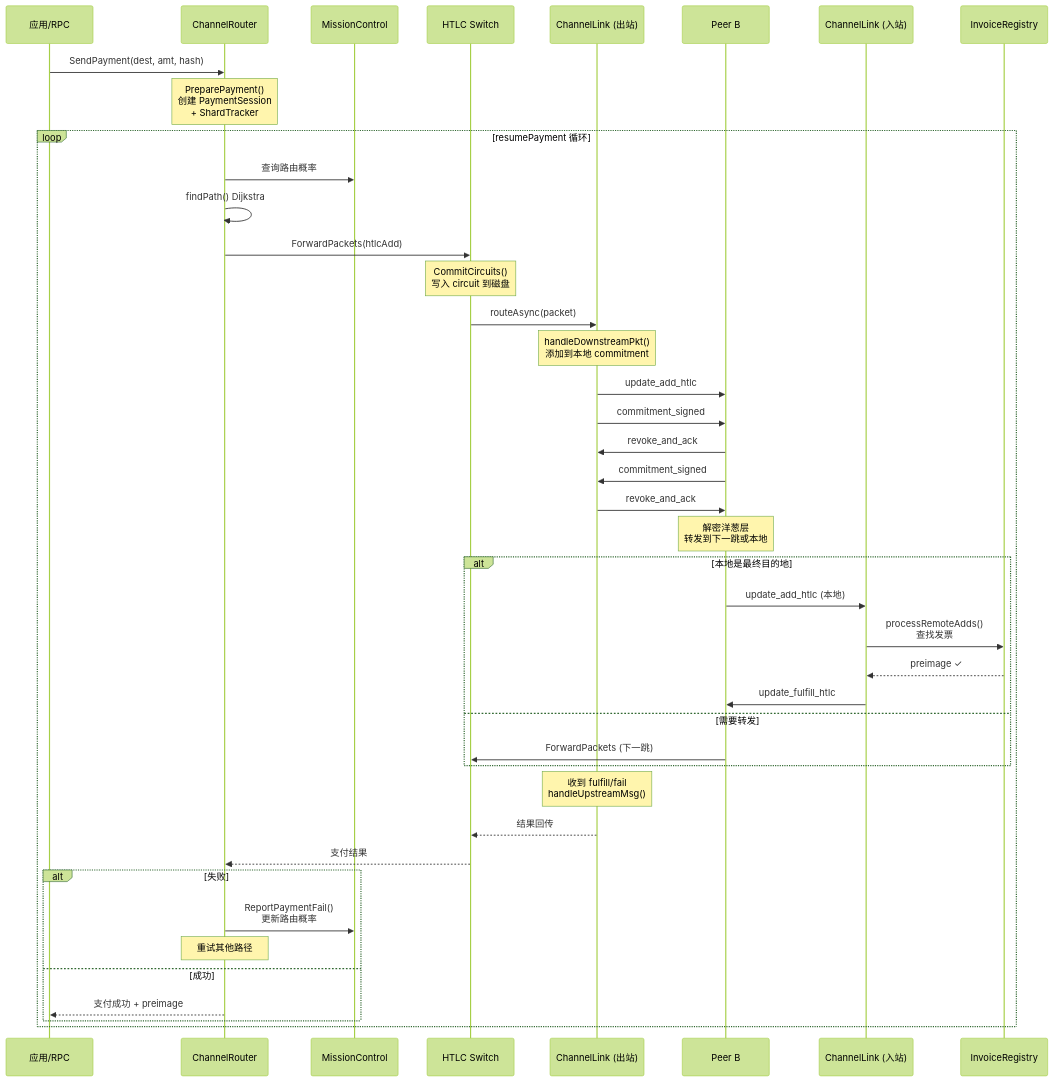
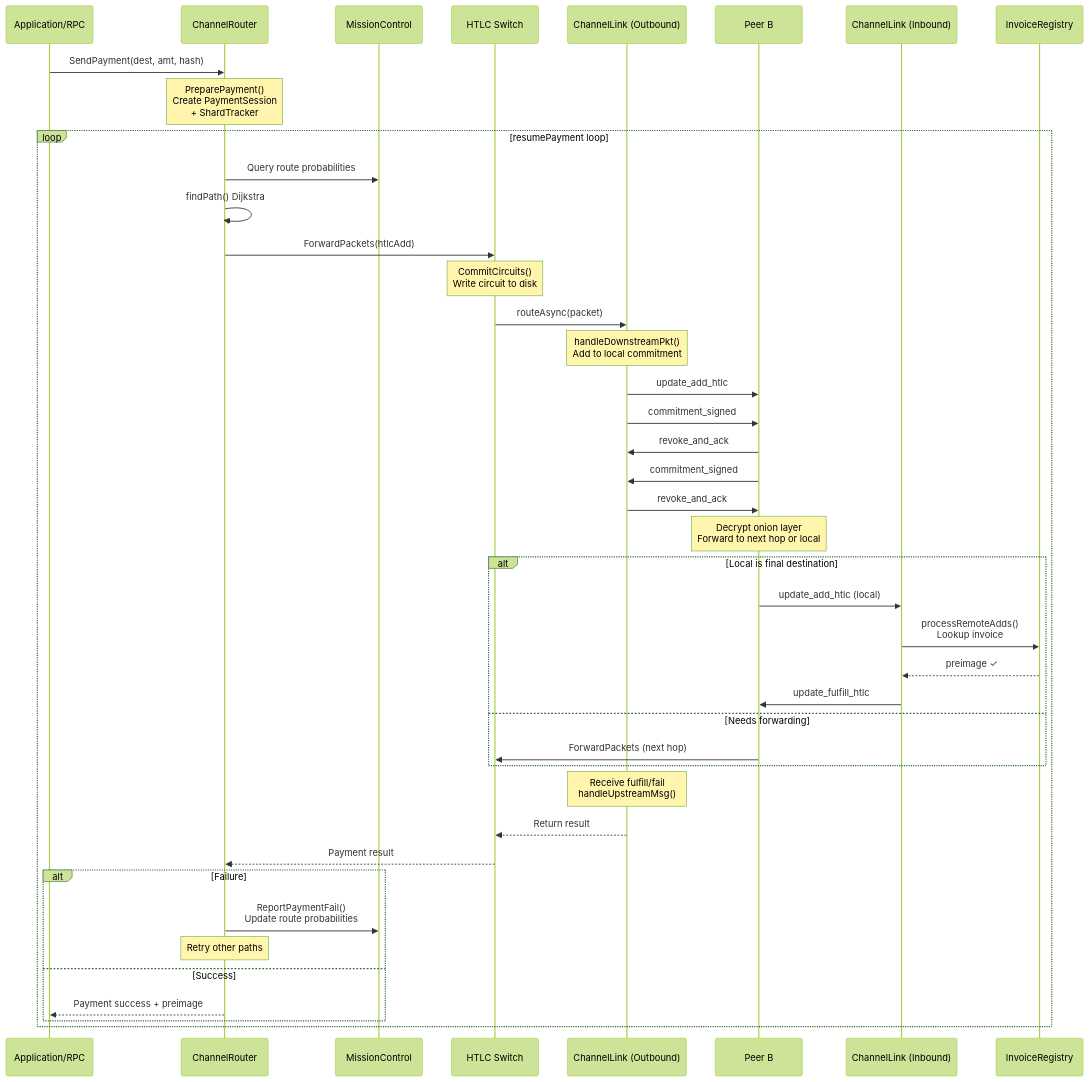
One commit to loka-network/loka-p2p-lnd changed the fourth of 8 diagrams in 1-refactor-docs/lnd-architecture.md. Above: the diagram before and after it, drawn with Mermaid (forest theme). The commit also changed other lines of this file and 12 other files, not shown here.

````diff
--- a/1-refactor-docs/lnd-architecture.md
+++ b/1-refactor-docs/lnd-architecture.md
@@ -442,53 +442,53 @@
 ```mermaid
 sequenceDiagram
-    participant App as 应用/RPC
+    participant App as Application/RPC
     participant Router as ChannelRouter
     participant MC as MissionControl
     participant Switch as HTLC Switch
-    participant LinkA as ChannelLink (出站)
+    participant LinkA as ChannelLink (Outbound)
     participant PeerB as Peer B
-    participant LinkB as ChannelLink (入站)
+    participant LinkB as ChannelLink (Inbound)
     participant Inv as InvoiceRegistry
 
     App->>Router: SendPayment(dest, amt, hash)
-    Note over Router: PreparePayment()<br/>创建 PaymentSession<br/>+ ShardTracker
+    Note over Router: PreparePayment()<br/>Create PaymentSession<br/>+ ShardTracker
 
-    loop resumePayment 循环
-        Router->>MC: 查询路由概率
+    loop resumePayment loop
+        Router->>MC: Query route probabilities
         Router->>Router: findPath() Dijkstra
         Router->>Switch: ForwardPackets(htlcAdd)
 
-        Note over Switch: CommitCircuits()<br/>写入 circuit 到磁盘
+        Note over Switch: CommitCircuits()<br/>Write circuit to disk
         Switch->>LinkA: routeAsync(packet)
 
-        Note over LinkA: handleDownstreamPkt()<br/>添加到本地 commitment
+        Note over LinkA: handleDownstreamPkt()<br/>Add to local commitment
 
         LinkA->>PeerB: update_add_htlc
         LinkA->>PeerB: commitment_signed
         PeerB->>LinkA: revoke_and_ack
         PeerB->>LinkA: commitment_signed
         LinkA->>PeerB: revoke_and_ack
 
-        Note over PeerB: 解密洋葱层<br/>转发到下一跳或本地
+        Note over PeerB: Decrypt onion layer<br/>Forward to next hop or local
 
-        alt 本地是最终目的地
-            PeerB->>LinkB: update_add_htlc (本地)
-            LinkB->>Inv: processRemoteAdds()<br/>查找发票
+        alt Local is final destination
+            PeerB->>LinkB: update_add_htlc (local)
+            LinkB->>Inv: processRemoteAdds()<br/>Lookup invoice
             Inv-->>LinkB: preimage ✓
             LinkB->>PeerB: update_fulfill_htlc
-        else 需要转发
-            PeerB->>Switch: ForwardPackets (下一跳)
+        else Needs forwarding
+            PeerB->>Switch: ForwardPackets (next hop)
         end
 
-        Note over LinkA: 收到 fulfill/fail<br/>handleUpstreamMsg()
-        LinkA-->>Switch: 结果回传
-        Switch-->>Router: 支付结果
+        Note over LinkA: Receive fulfill/fail<br/>handleUpstreamMsg()
+        LinkA-->>Switch: Return result
+        Switch-->>Router: Payment result
 
-        alt 失败
-            Router->>MC: ReportPaymentFail()<br/>更新路由概率
-            Note over Router: 重试其他路径
-        else 成功
-            Router-->>App: 支付成功 + preimage
+        alt Failure
+            Router->>MC: ReportPaymentFail()<br/>Update route probabilities
+            Note over Router: Retry other paths
+        else Success
+            Router-->>App: Payment success + preimage
         end
     end
 ```
````
